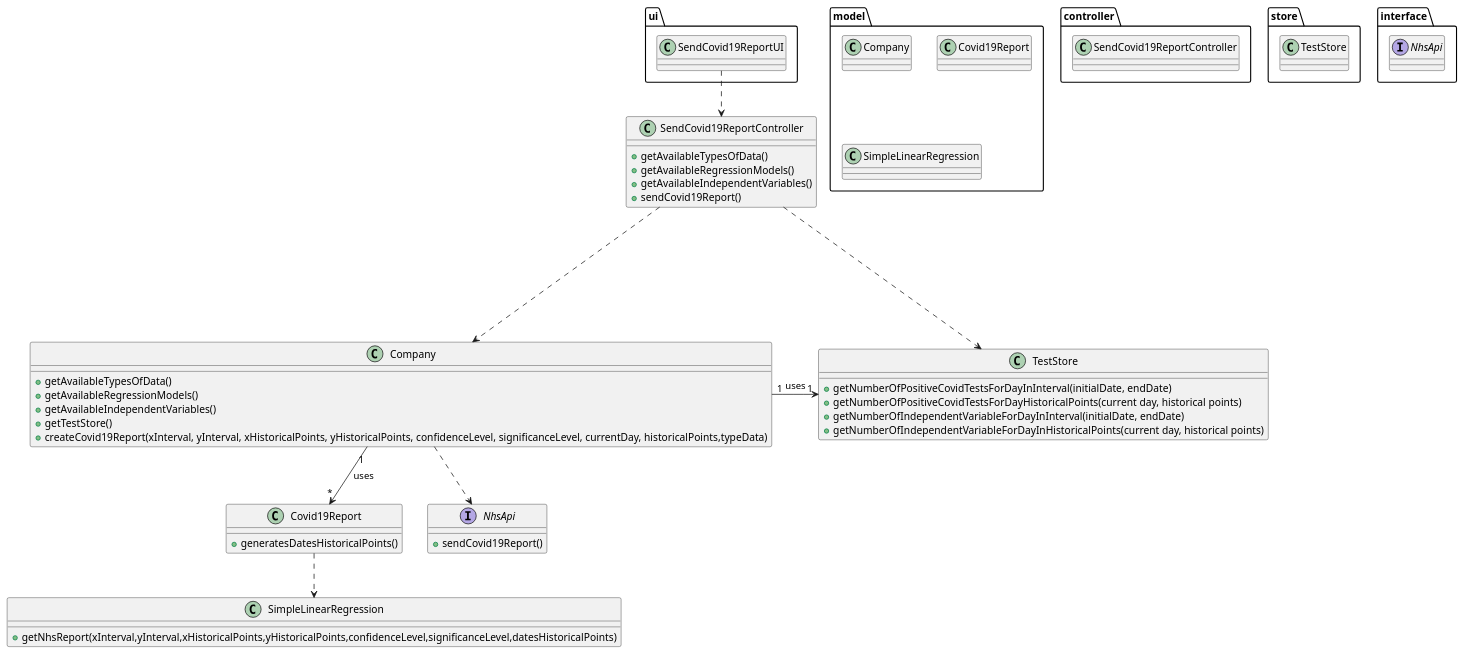
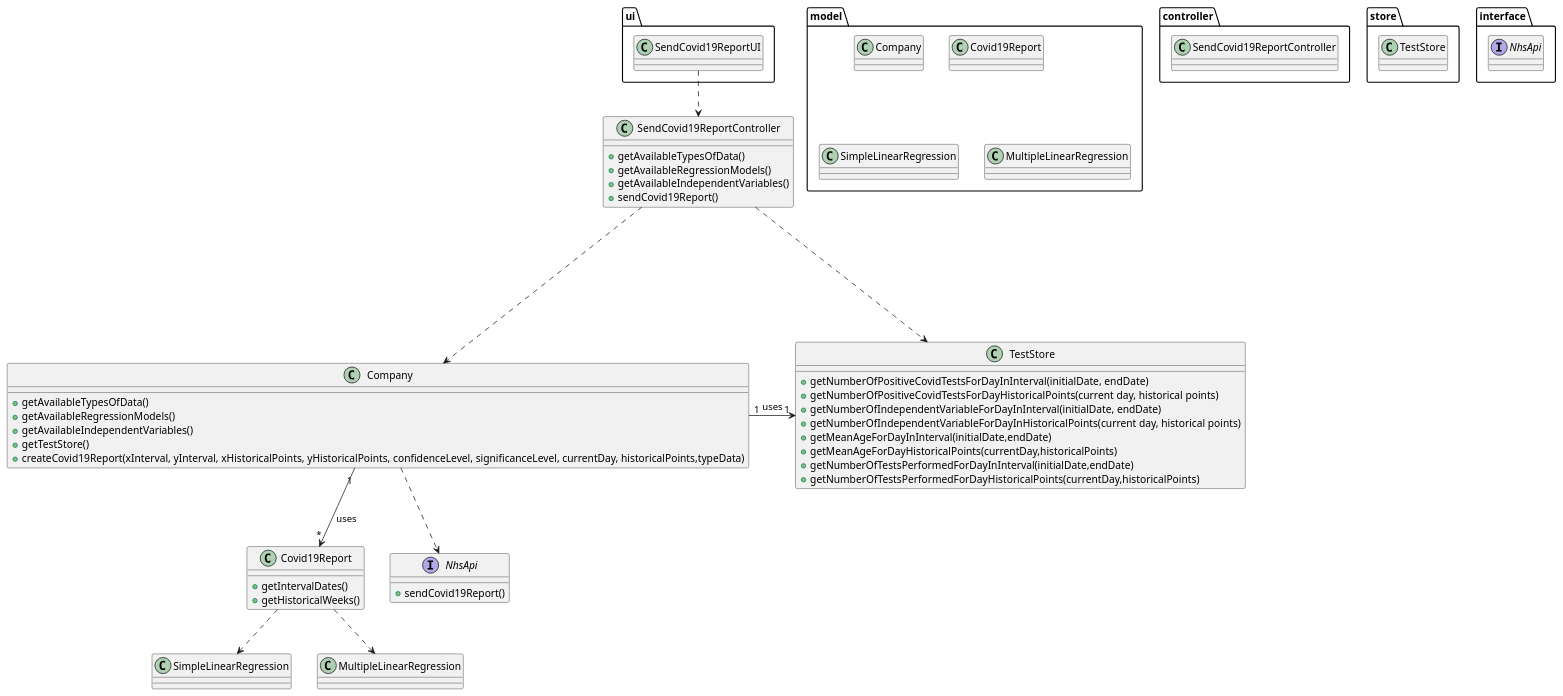
One commit to manu-07-ela/LAPR2_ISEP changed the diagram in docs/SprintD/US18/US18_CD.puml. Above: the diagram before and after it, drawn with PlantUML. The commit also changed 1 other file, not shown here.

```diff
--- a/docs/SprintD/US18/US18_CD.puml
+++ b/docs/SprintD/US18/US18_CD.puml
@@ -1,70 +1,79 @@
 @startuml
 'https://plantuml.com/class-diagram
 
 
 package ui{
 class SendCovid19ReportUI
 }
 
 package controller{
 class SendCovid19ReportController
 }
 
 
 package model{
 class Company
 class Covid19Report
 class SimpleLinearRegression
+class MultipleLinearRegression
 }
 
 package store{
 class TestStore
 }
 package interface{
 interface NhsApi
 }
 
 class SendCovid19ReportController {
 +getAvailableTypesOfData()
 +getAvailableRegressionModels()
 +getAvailableIndependentVariables()
 +sendCovid19Report()
 }
 
 class Company{
 +getAvailableTypesOfData()
 +getAvailableRegressionModels()
 +getAvailableIndependentVariables()
 +getTestStore()
 +createCovid19Report(xInterval, yInterval, xHistoricalPoints, yHistoricalPoints, confidenceLevel, significanceLevel, currentDay, historicalPoints,typeData)
 }
 
 class TestStore{
 +getNumberOfPositiveCovidTestsForDayInInterval(initialDate, endDate)
 +getNumberOfPositiveCovidTestsForDayHistoricalPoints(current day, historical points)
 +getNumberOfIndependentVariableForDayInInterval(initialDate, endDate)
 +getNumberOfIndependentVariableForDayInHistoricalPoints(current day, historical points)
++getMeanAgeForDayInInterval(initialDate,endDate)
++getMeanAgeForDayHistoricalPoints(currentDay,historicalPoints)
++getNumberOfTestsPerformedForDayInInterval(initialDate,endDate)
++getNumberOfTestsPerformedForDayHistoricalPoints(currentDay,historicalPoints)
 }
 
 class Covid19Report{
-+generatesDatesHistoricalPoints()
++getIntervalDates()
++getHistoricalWeeks()
 }
 
 class SimpleLinearRegression{
-+getNhsReport(xInterval,yInterval,xHistoricalPoints,yHistoricalPoints,confidenceLevel,significanceLevel,datesHistoricalPoints)
+}
+
+class MultipleLinearRegression{
 }
 
 interface NhsApi{
 +sendCovid19Report()
 }
 
 SendCovid19ReportUI ..> SendCovid19ReportController
 SendCovid19ReportController ....> Company
 SendCovid19ReportController ...> TestStore
 Company"1" --> "*" Covid19Report : uses
 Company "1" -> "1" TestStore : uses
 Company..>NhsApi
 Covid19Report ..> SimpleLinearRegression
+Covid19Report ..> MultipleLinearRegression
 
 
 @enduml
```
